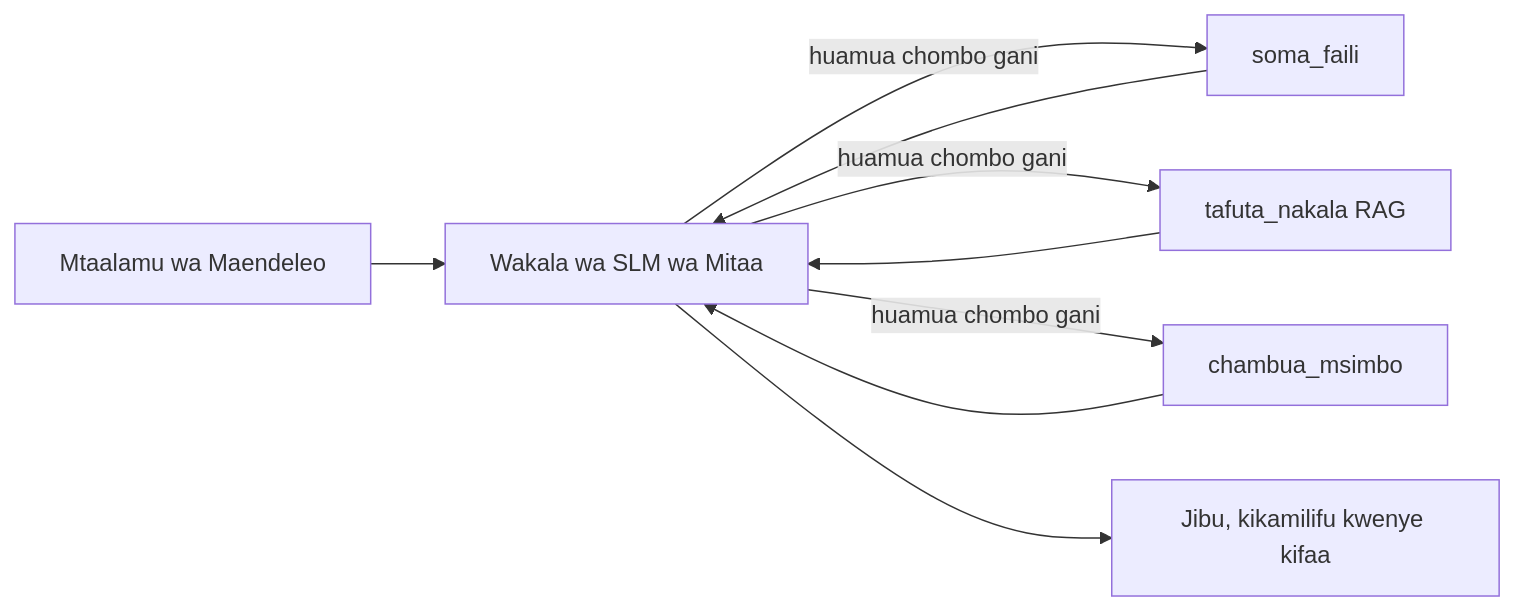
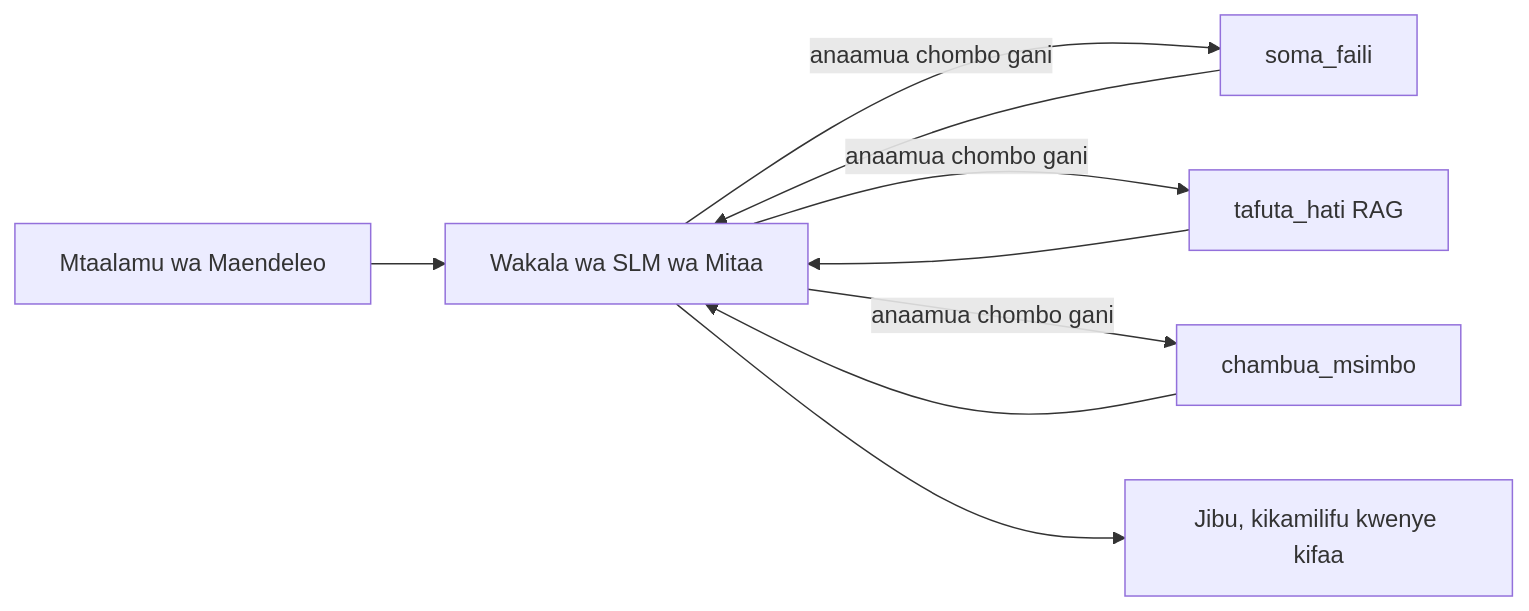
The first of 4 diagrams in mirrors/repos/microsoft@ai-agents-for-beginners/translations/sw/17-creating-local-ai-agents/README.md (gabrielmoreira/agent-skills-mirror), drawn with Mermaid before and after one commit. The commit also changed other lines of this file and 4262 other files, not shown here.

````diff
--- a/mirrors/repos/microsoft@ai-agents-for-beginners/translations/sw/17-creating-local-ai-agents/README.md
+++ b/mirrors/repos/microsoft@ai-agents-for-beginners/translations/sw/17-creating-local-ai-agents/README.md
@@ -66,11 +66,11 @@
 ```mermaid
 flowchart LR
     U[Mtaalamu wa Maendeleo] --> A[Wakala wa SLM wa Mitaa]
-    A -->|huamua chombo gani| T1[soma_faili]
-    A -->|huamua chombo gani| T2[tafuta_nakala RAG]
-    A -->|huamua chombo gani| T3[chambua_msimbo]
+    A -->|anaamua chombo gani| T1[soma_faili]
+    A -->|anaamua chombo gani| T2[tafuta_hati RAG]
+    A -->|anaamua chombo gani| T3[chambua_msimbo]
     T1 --> A
     T2 --> A
     T3 --> A
     A --> R[Jibu, kikamilifu kwenye kifaa]
 ```
````
